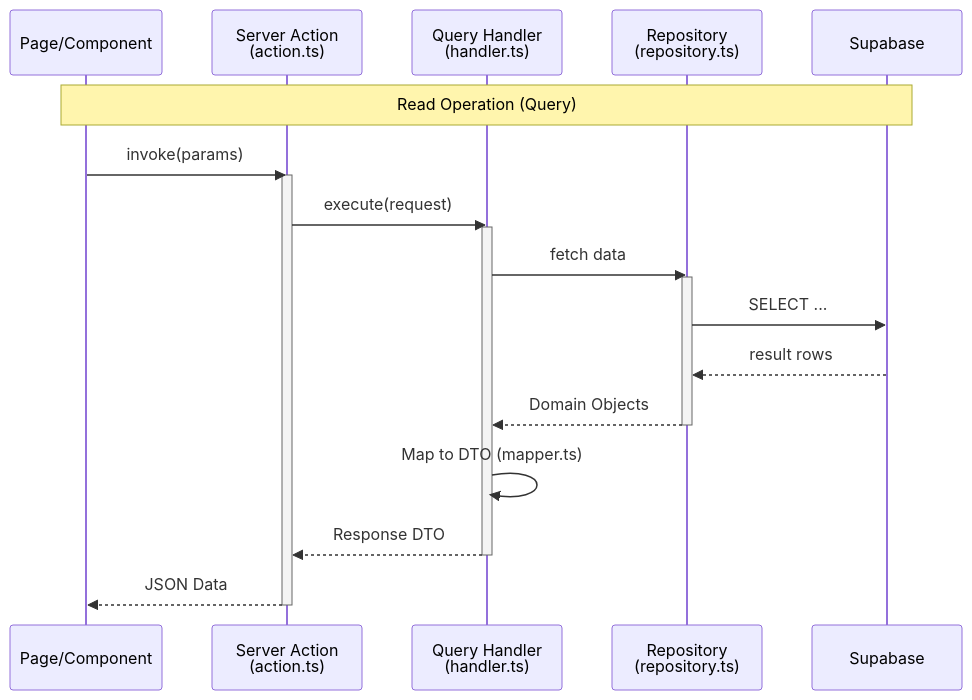
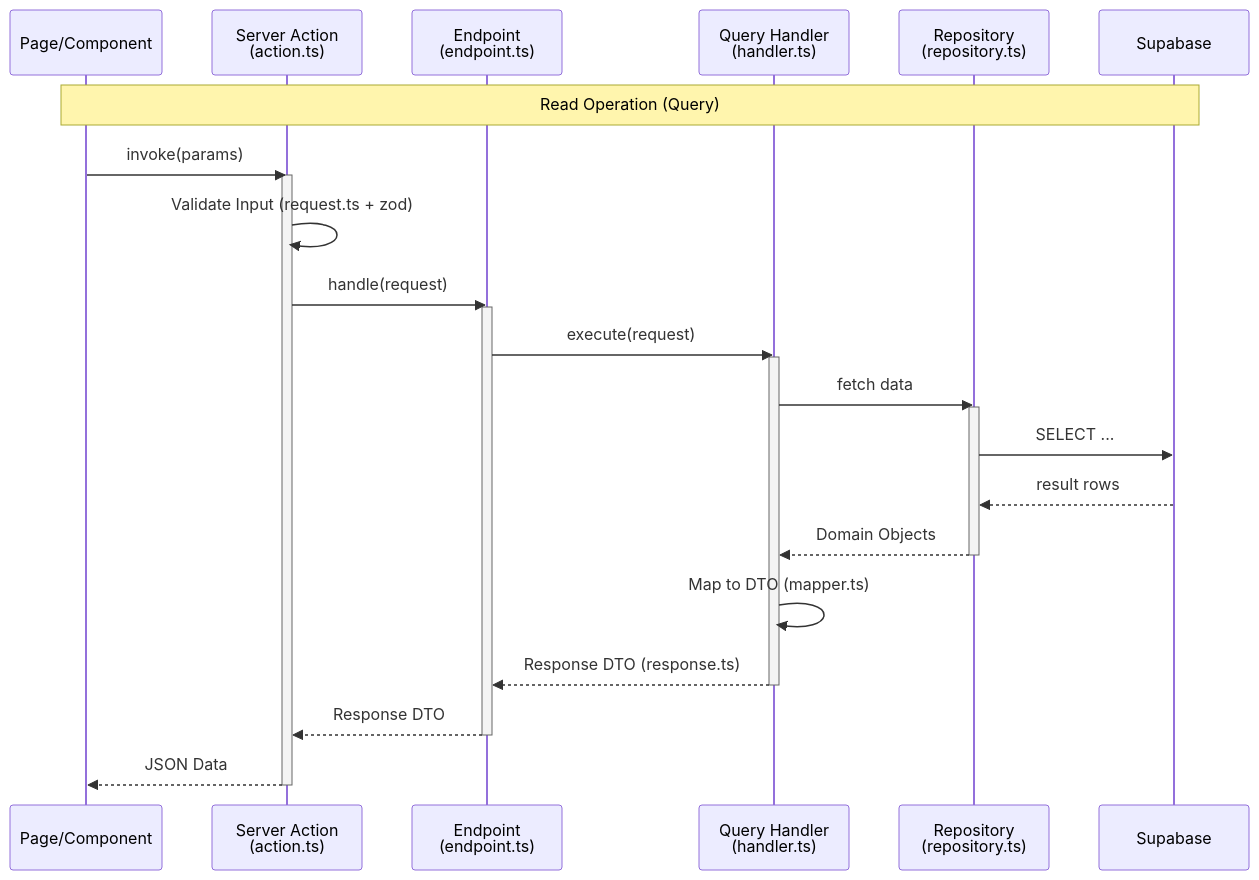
The second of 4 diagrams in docs/Diagrams.md (nob-ogura/life-plan-simulator), drawn with Mermaid before and after one commit. The commit also changed other lines of this file and 22 other files, not shown here.

Commit message:
ドキュメントの構成を見直し、REPR（Request-Endpoint-Response）レイアウトに基づくエンドポイントスライスの説明を修正。新たにオンボーディングガイドを追加し、プロジェクトの概要や技術スタックを明示。

````diff
--- a/docs/Diagrams.md
+++ b/docs/Diagrams.md
@@ -76,26 +79,32 @@
 ```mermaid
 sequenceDiagram
     participant UI as Page/Component
     participant Action as Server Action<br>(action.ts)
+    participant Endpoint as Endpoint<br>(endpoint.ts)
     participant Handler as Query Handler<br>(handler.ts)
     participant Repo as Repository<br>(repository.ts)
     participant DB as Supabase
 
     Note over UI, DB: Read Operation (Query)
 
     UI->>Action: invoke(params)
     activate Action
-    Action->>Handler: execute(request)
+    Action->>Action: Validate Input (request.ts + zod)
+    Action->>Endpoint: handle(request)
+    activate Endpoint
+    Endpoint->>Handler: execute(request)
     activate Handler
     Handler->>Repo: fetch data
     activate Repo
     Repo->>DB: SELECT ...
     DB-->>Repo: result rows
     Repo-->>Handler: Domain Objects
     deactivate Repo
     Handler->>Handler: Map to DTO (mapper.ts)
-    Handler-->>Action: Response DTO
+    Handler-->>Endpoint: Response DTO (response.ts)
     deactivate Handler
+    Endpoint-->>Action: Response DTO
+    deactivate Endpoint
     Action-->>UI: JSON Data
     deactivate Action
 ```
````
